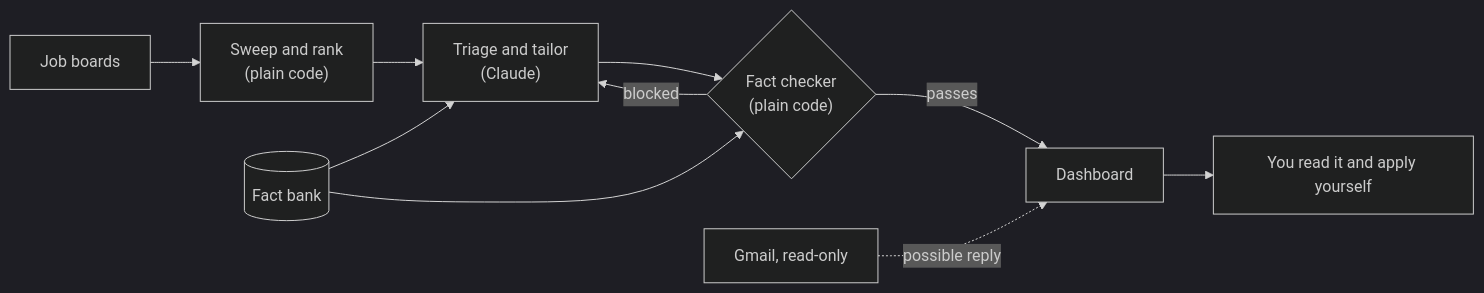
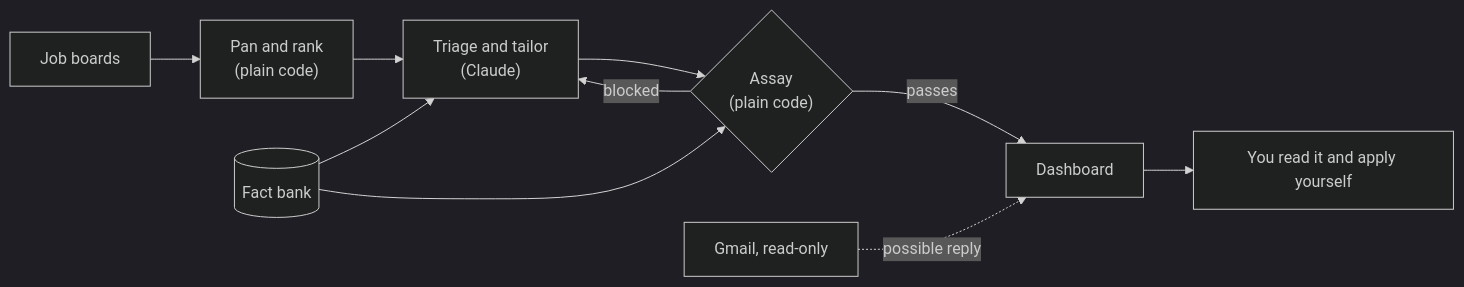
The diagram in README.md (3DTHNeal/pyrite), drawn with Mermaid (dark theme) before and after one commit. The commit also changed other lines of this file and 52 other files, not shown here.

````diff
--- a/README.md
+++ b/README.md
@@ -50,12 +54,12 @@
 ```mermaid
 flowchart LR
-    boards[Job boards] --> sweep["Sweep and rank<br/>(plain code)"]
+    boards[Job boards] --> sweep["Pan and rank<br/>(plain code)"]
     sweep --> triage["Triage and tailor<br/>(Claude)"]
     facts[(Fact bank)] --> triage
-    triage --> check{"Fact checker<br/>(plain code)"}
+    triage --> check{"Assay<br/>(plain code)"}
     facts --> check
     check -- blocked --> triage
     check -- passes --> dash[Dashboard]
     dash --> you["You read it and apply yourself"]
     mail[Gmail, read-only] -.possible reply.-> dash
 ```
````
